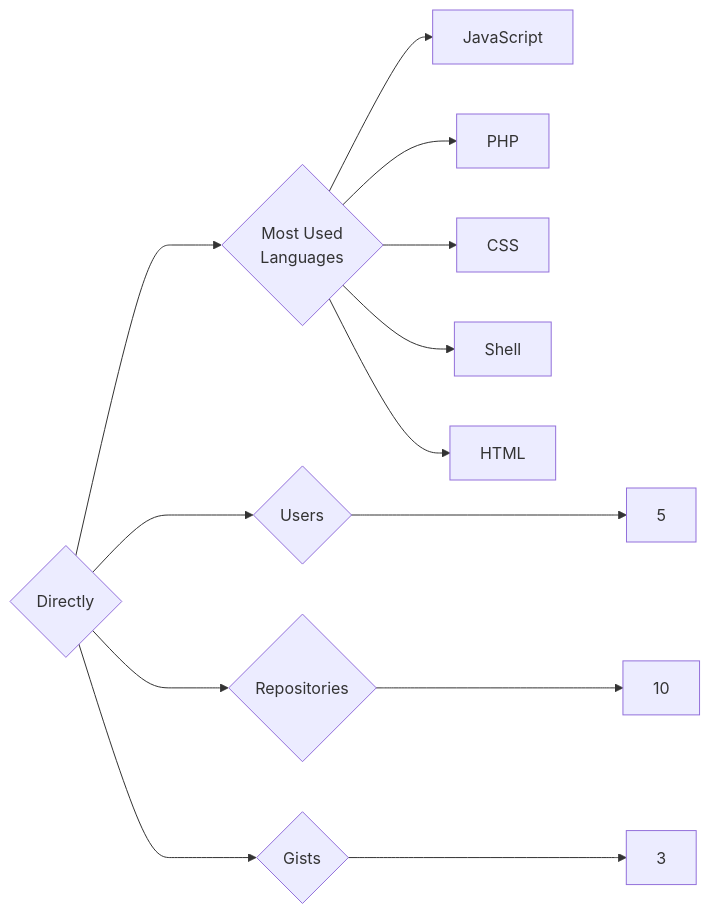
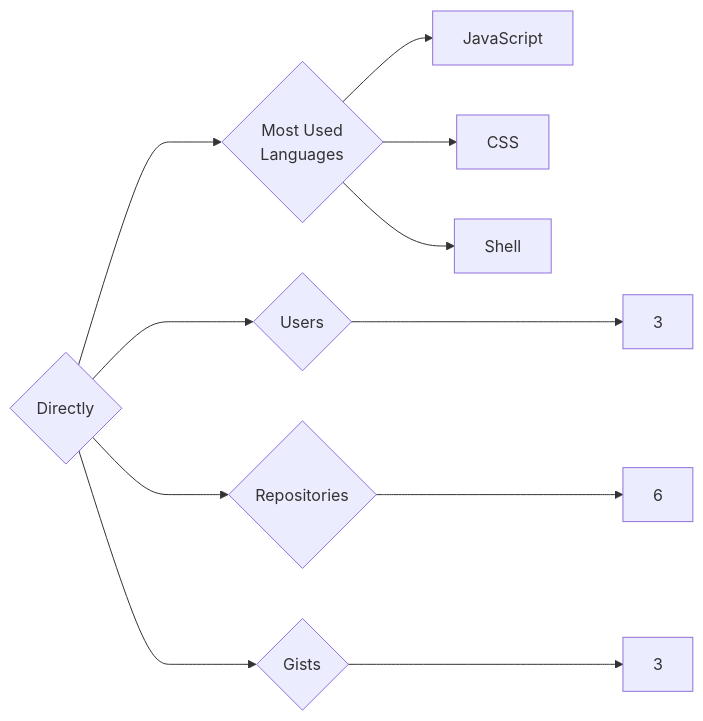
Before and after one commit to trickest/insiders: the diagram in targets/Directly/README.md, drawn with Mermaid. The commit also changed 944 other files, not shown here.

````diff
--- a/targets/Directly/README.md
+++ b/targets/Directly/README.md
@@ -3,13 +3,11 @@
 ```mermaid
 graph LR
 COMPANY_NAME{Directly}
-COMPANY_NAME ---> U{Users} ---> UN[5]
-COMPANY_NAME ---> R{Repositories} ---> RN[10]
+COMPANY_NAME ---> U{Users} ---> UN[3]
+COMPANY_NAME ---> R{Repositories} ---> RN[6]
 COMPANY_NAME ---> G{Gists} ---> GN[3]
 COMPANY_NAME ---> ML{Most Used<br>Languages}
 ML --> JavaScript[JavaScript]
-ML --> PHP[PHP]
 ML --> CSS[CSS]
 ML --> Shell[Shell]
-ML --> HTML[HTML]
 ```
````
